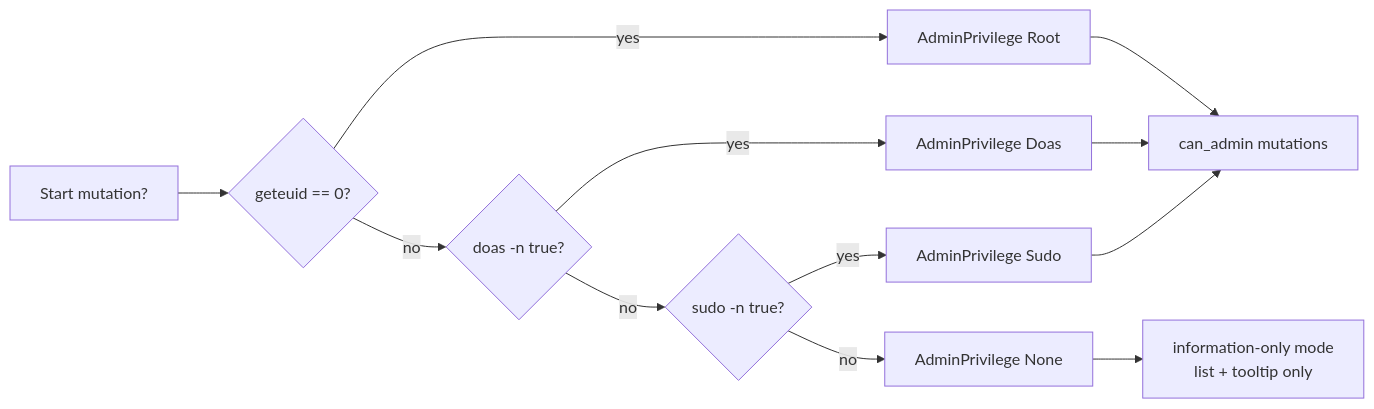
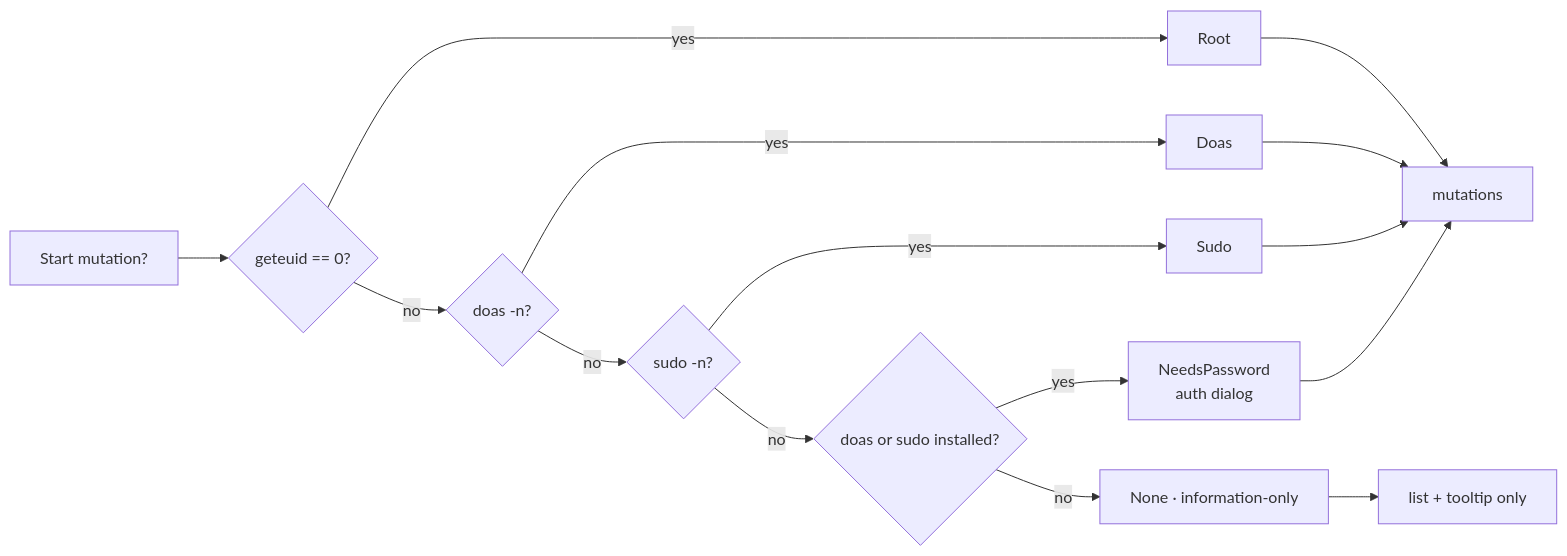
The third of 6 diagrams in docs/network-control/PLAN.md (revytechinc/wf-shell), drawn with Mermaid before and after one commit. The commit also changed other lines of this file and 11 other files, not shown here.

First line of the commit message:
network: validation, password auth dialog, sparse UI, ~96% unit coverage

````diff
--- a/docs/network-control/PLAN.md
+++ b/docs/network-control/PLAN.md
@@ -146,14 +146,17 @@
 ```mermaid
 flowchart LR
   A[Start mutation?] --> B{geteuid == 0?}
-  B -->|yes| OK[AdminPrivilege Root]
-  B -->|no| C{doas -n true?}
-  C -->|yes| D[AdminPrivilege Doas]
-  C -->|no| E{sudo -n true?}
-  E -->|yes| F[AdminPrivilege Sudo]
-  E -->|no| G[AdminPrivilege None]
-  OK --> H[can_admin mutations]
+  B -->|yes| OK[Root]
+  B -->|no| C{doas -n?}
+  C -->|yes| D[Doas]
+  C -->|no| E{sudo -n?}
+  E -->|yes| F[Sudo]
+  E -->|no| P{doas or sudo installed?}
+  P -->|yes| NP[NeedsPassword<br/>auth dialog]
+  P -->|no| G[None · information-only]
+  OK --> H[mutations]
   D --> H
   F --> H
-  G --> I[information-only mode<br/>list + tooltip only]
+  NP --> H
+  G --> I[list + tooltip only]
 ```
````
